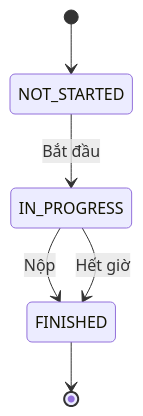
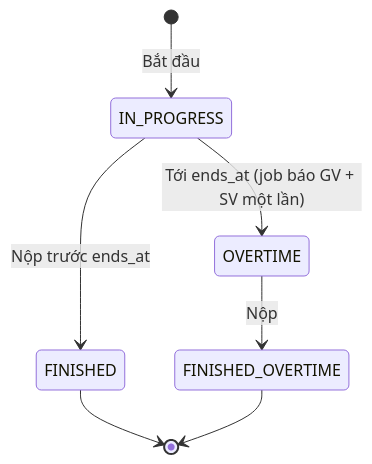
The eighth of 8 diagrams in docs/06-trang-thai.md (duckkthoi/ielts-system), drawn with Mermaid before and after one commit. The commit also changed other lines of this file and 192 other files, not shown here.

````diff
--- a/docs/06-trang-thai.md
+++ b/docs/06-trang-thai.md
@@ -188,8 +188,9 @@
 ```mermaid
 stateDiagram-v2
-    [*] --> NOT_STARTED
-    NOT_STARTED --> IN_PROGRESS: Bắt đầu
-    IN_PROGRESS --> FINISHED: Nộp
-    IN_PROGRESS --> FINISHED: Hết giờ
+    [*] --> IN_PROGRESS: Bắt đầu
+    IN_PROGRESS --> FINISHED: Nộp trước ends_at
+    IN_PROGRESS --> OVERTIME: Tới ends_at (job báo GV + SV một lần)
+    OVERTIME --> FINISHED_OVERTIME: Nộp
     FINISHED --> [*]
+    FINISHED_OVERTIME --> [*]
 ```
````
